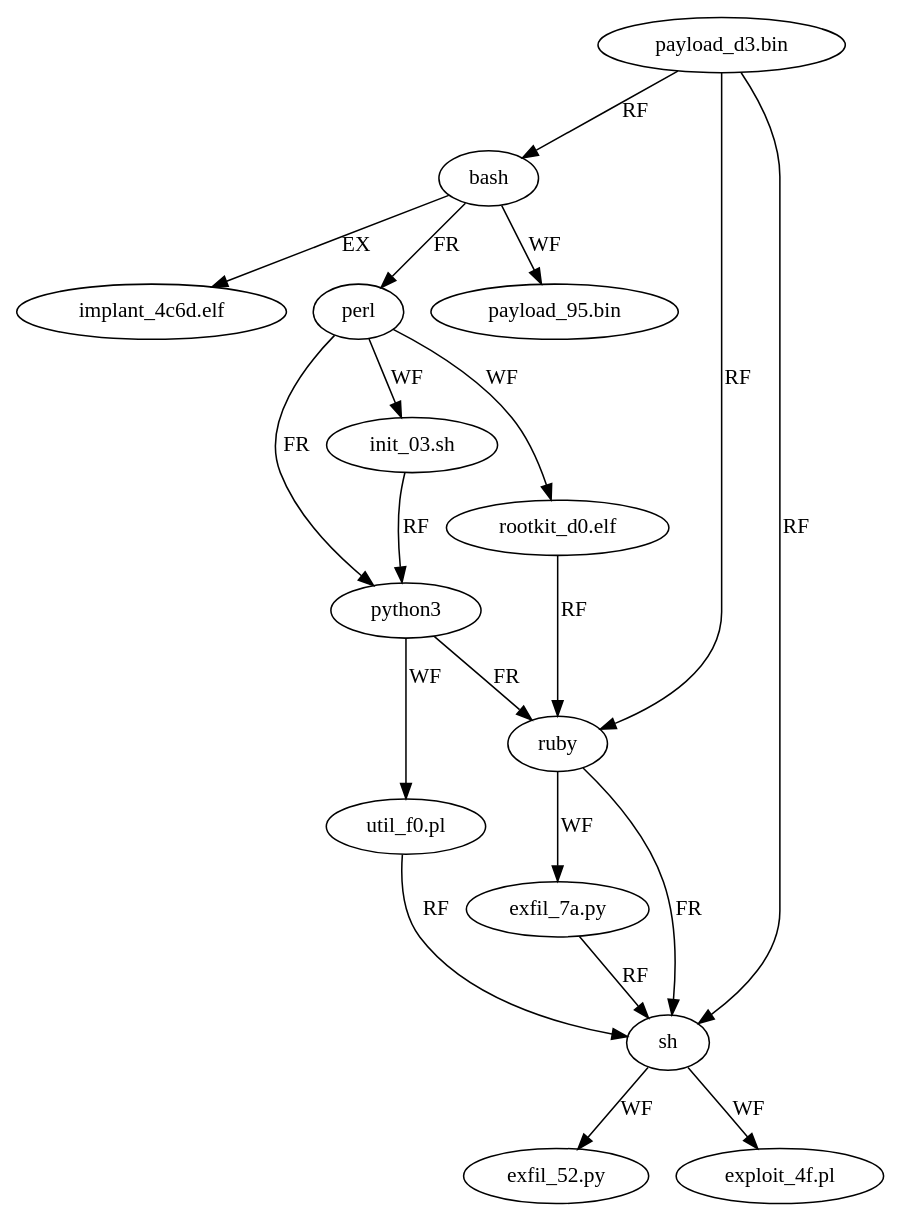
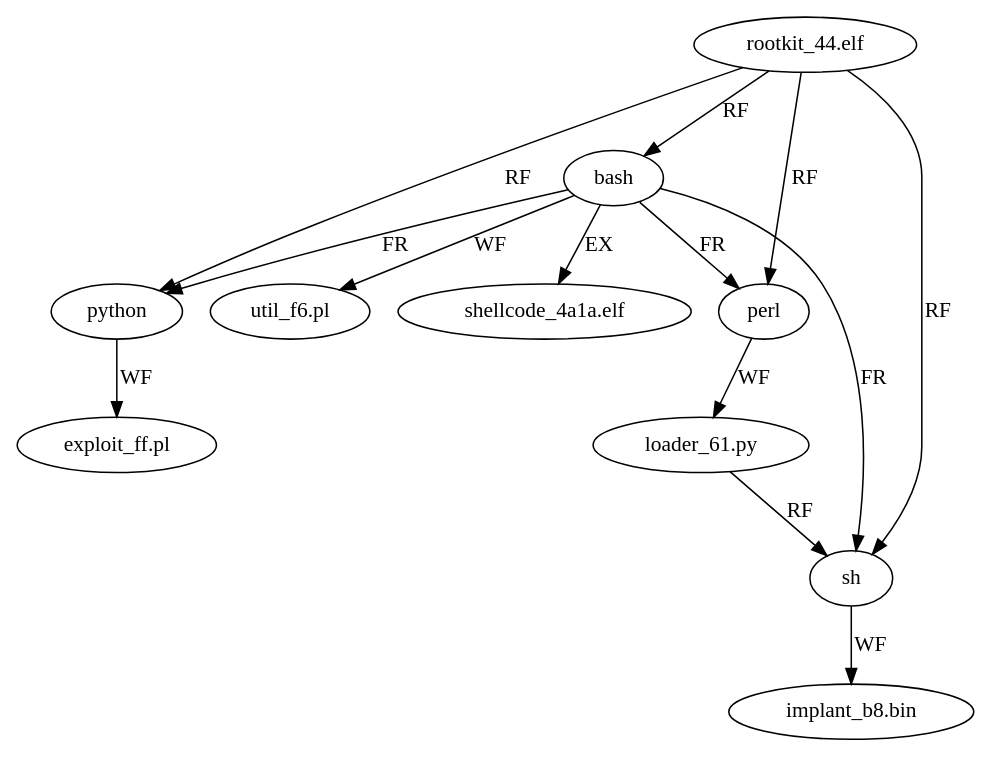
One commit to gianghitran/MARL-VariantHunter-Architecture changed the diagram in Attack_Agent/result_handoff/APT38/clusters/cluster_01_T1059.003.dot. Above: the diagram before and after it, drawn with Graphviz. The commit also changed 3528 other files, not shown here.

```diff
--- a/Attack_Agent/result_handoff/APT38/clusters/cluster_01_T1059.003.dot
+++ b/Attack_Agent/result_handoff/APT38/clusters/cluster_01_T1059.003.dot
@@ -1,35 +1,25 @@
 digraph {
   p0_s1 [label="bash" type=process stage="T1059.003"]
-  fin0_s1 [label="payload_d3.bin" type=file stage="T1059.003"]
-  p1_s1 [label="perl" type=process stage="T1059.003"]
-  f0_0_s1 [label="init_03.sh" type=file stage="T1059.003"]
-  f0_1_s1 [label="rootkit_d0.elf" type=file stage="T1059.003"]
-  p2_s1 [label="python3" type=process stage="T1059.003"]
-  f1_0_s1 [label="util_f0.pl" type=file stage="T1059.003"]
-  p3_s1 [label="ruby" type=process stage="T1059.003"]
-  f2_0_s1 [label="exfil_7a.py" type=file stage="T1059.003"]
-  p4_s1 [label="sh" type=process stage="T1059.003"]
-  f3_0_s1 [label="exfil_52.py" type=file stage="T1059.003"]
-  f3_1_s1 [label="exploit_4f.pl" type=file stage="T1059.003"]
-  fh0_s1 [label="payload_95.bin" type=file stage="T1059.003"]
-  exec_s1 [label="implant_4c6d.elf" type=file stage="T1059.003"]
+  fin0_s1 [label="rootkit_44.elf" type=file stage="T1059.003"]
+  p1_s1 [label="python" type=process stage="T1059.003"]
+  f0_0_s1 [label="exploit_ff.pl" type=file stage="T1059.003"]
+  p2_s1 [label="perl" type=process stage="T1059.003"]
+  f1_0_s1 [label="loader_61.py" type=file stage="T1059.003"]
+  p3_s1 [label="sh" type=process stage="T1059.003"]
+  f2_0_s1 [label="implant_b8.bin" type=file stage="T1059.003"]
+  fh0_s1 [label="util_f6.pl" type=file stage="T1059.003"]
+  exec_s1 [label="shellcode_4a1a.elf" type=file stage="T1059.003"]
   fin0_s1 -> p0_s1 [label="RF"]
   p0_s1 -> p1_s1 [label="FR"]
   p1_s1 -> f0_0_s1 [label="WF"]
-  p1_s1 -> f0_1_s1 [label="WF"]
-  p1_s1 -> p2_s1 [label="FR"]
+  fin0_s1 -> p1_s1 [label="RF"]
+  p0_s1 -> p2_s1 [label="FR"]
   p2_s1 -> f1_0_s1 [label="WF"]
-  p2_s1 -> p3_s1 [label="FR"]
+  fin0_s1 -> p2_s1 [label="RF"]
+  p0_s1 -> p3_s1 [label="FR"]
   p3_s1 -> f2_0_s1 [label="WF"]
   fin0_s1 -> p3_s1 [label="RF"]
-  p3_s1 -> p4_s1 [label="FR"]
-  p4_s1 -> f3_0_s1 [label="WF"]
-  p4_s1 -> f3_1_s1 [label="WF"]
-  fin0_s1 -> p4_s1 [label="RF"]
-  f0_0_s1 -> p2_s1 [label="RF"]
-  f0_1_s1 -> p3_s1 [label="RF"]
-  f1_0_s1 -> p4_s1 [label="RF"]
-  f2_0_s1 -> p4_s1 [label="RF"]
+  f1_0_s1 -> p3_s1 [label="RF"]
   p0_s1 -> fh0_s1 [label="WF"]
   p0_s1 -> exec_s1 [label="EX"]
 }
```
